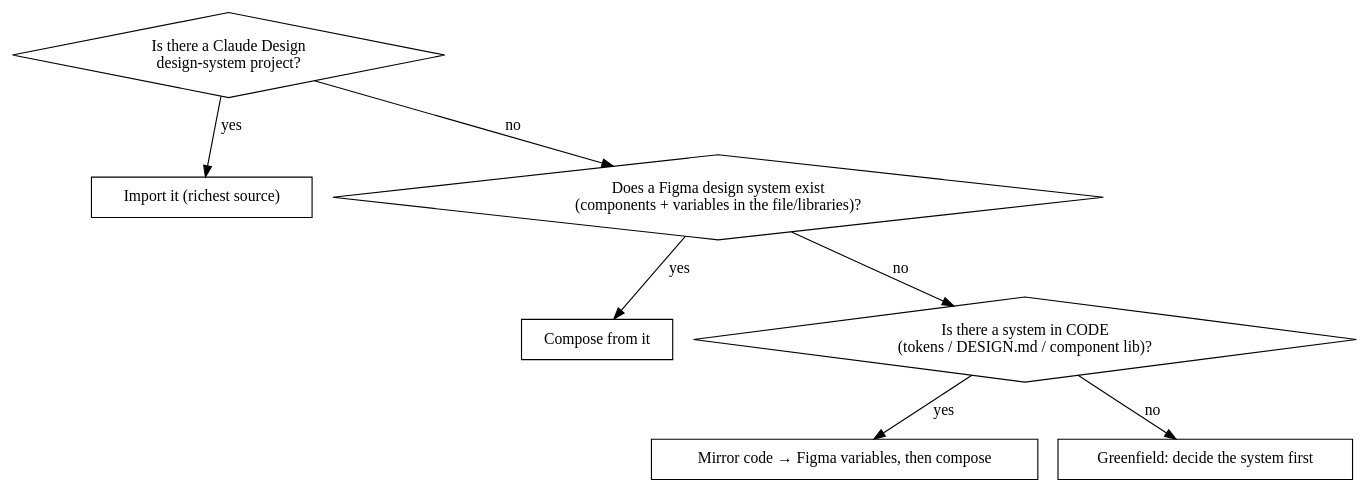
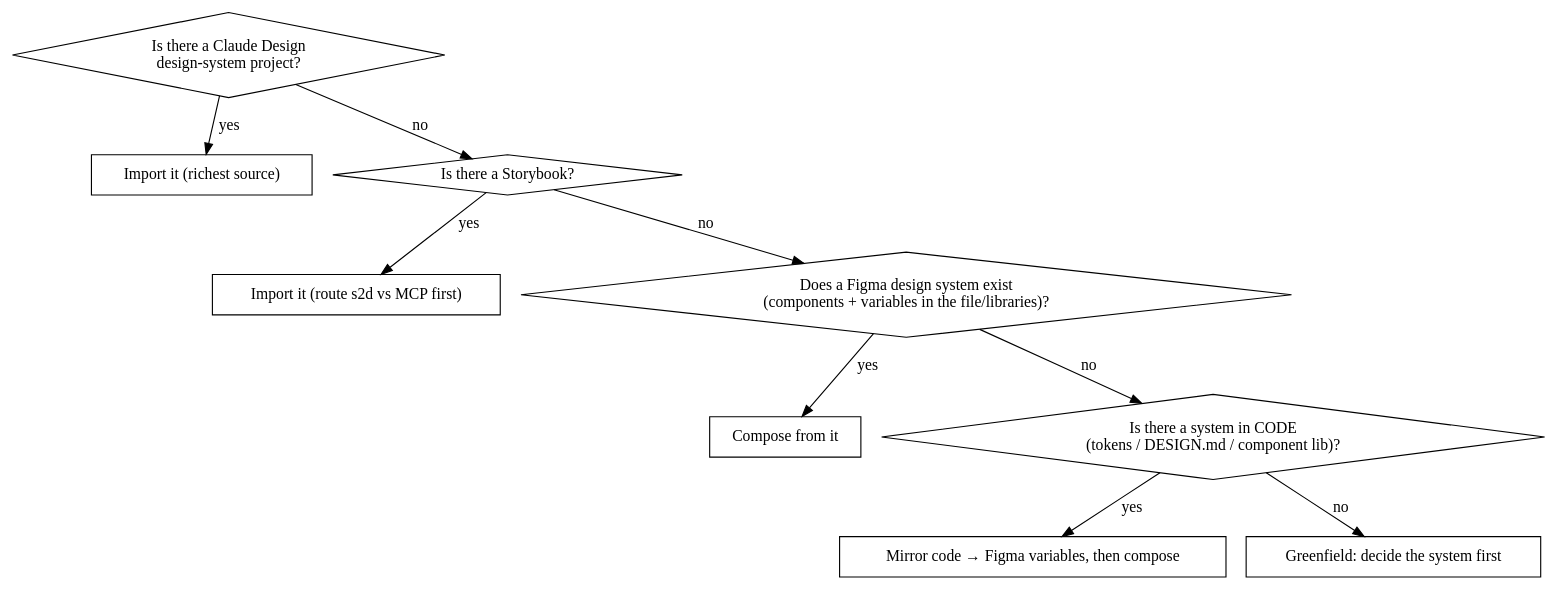
The diagram in plugins/figma-design/skills/designing-in-figma/SKILL.md (Studio-Moser/skills-n-stuff), drawn with Graphviz before and after one commit. The commit also changed other lines of this file and 5 other files, not shown here.

First line of the commit message:
feat(figma-design): add Storybook import branch; correct codeSyntax claim

````diff
--- a/plugins/figma-design/skills/designing-in-figma/SKILL.md
+++ b/plugins/figma-design/skills/designing-in-figma/SKILL.md
@@ -76,18 +76,22 @@
 ```dot
 digraph branch {
   "Is there a Claude Design\ndesign-system project?" [shape=diamond];
   "Import it (richest source)" [shape=box];
+  "Is there a Storybook?" [shape=diamond];
+  "Import it (route s2d vs MCP first)" [shape=box];
   "Does a Figma design system exist\n(components + variables in the file/libraries)?" [shape=diamond];
   "Compose from it" [shape=box];
   "Is there a system in CODE\n(tokens / DESIGN.md / component lib)?" [shape=diamond];
   "Mirror code → Figma variables, then compose" [shape=box];
   "Greenfield: decide the system first" [shape=box];
 
   "Is there a Claude Design\ndesign-system project?" -> "Import it (richest source)" [label="yes"];
-  "Is there a Claude Design\ndesign-system project?" -> "Does a Figma design system exist\n(components + variables in the file/libraries)?" [label="no"];
+  "Is there a Claude Design\ndesign-system project?" -> "Is there a Storybook?" [label="no"];
+  "Is there a Storybook?" -> "Import it (route s2d vs MCP first)" [label="yes"];
+  "Is there a Storybook?" -> "Does a Figma design system exist\n(components + variables in the file/libraries)?" [label="no"];
   "Does a Figma design system exist\n(components + variables in the file/libraries)?" -> "Compose from it" [label="yes"];
   "Does a Figma design system exist\n(components + variables in the file/libraries)?" -> "Is there a system in CODE\n(tokens / DESIGN.md / component lib)?" [label="no"];
   "Is there a system in CODE\n(tokens / DESIGN.md / component lib)?" -> "Mirror code → Figma variables, then compose" [label="yes"];
   "Is there a system in CODE\n(tokens / DESIGN.md / component lib)?" -> "Greenfield: decide the system first" [label="no"];
 }
 ```
````
